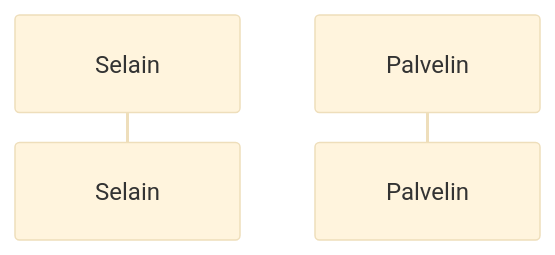
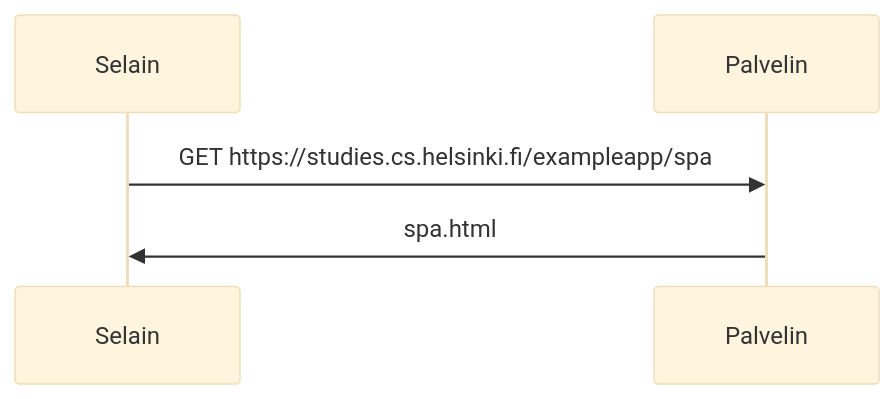
Before and after one commit to PasiParviainen/Fullstackosa0: the diagram in 0.5.md, drawn with Mermaid (base theme).

````diff
--- a/0.5.md
+++ b/0.5.md
@@ -1,7 +1,8 @@
 ```mermaid
 sequenceDiagram
   Participant S as Selain
   Participant P as Palvelin
 
-  
+  S->>P: GET https://studies.cs.helsinki.fi/exampleapp/spa
+  P->>S: spa.html
 ```
````
